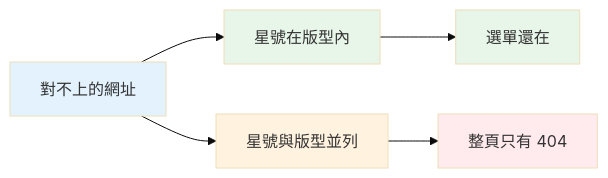
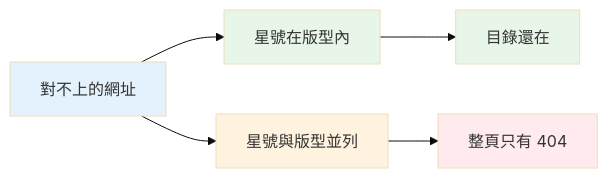
One commit to summer10920/summer10920.github.io changed the ninth of 9 diagrams in source/_posts/lokiTech-15day-11-react-router.md. Above: the diagram before and after it, drawn with Mermaid (base theme). The commit also changed other lines of this file, not shown here.

```diff
--- a/source/_posts/lokiTech-15day-11-react-router.md
+++ b/source/_posts/lokiTech-15day-11-react-router.md
@@ -1253,11 +1787,11 @@
 {% mermaid graph LR %}
   missNode["對不上的網址"] --> nestNode["星號在版型內"]
   missNode --> topNode["星號與版型並列"]
-  nestNode --> keepNode["選單還在"]
+  nestNode --> keepNode["目錄還在"]
   topNode --> dropNode["整頁只有 404"]
   style missNode fill:#e3f2fd
   style nestNode fill:#e8f5e9
   style topNode fill:#fff3e0
   style keepNode fill:#e8f5e9
   style dropNode fill:#ffebee
 {% endmermaid %}
```
